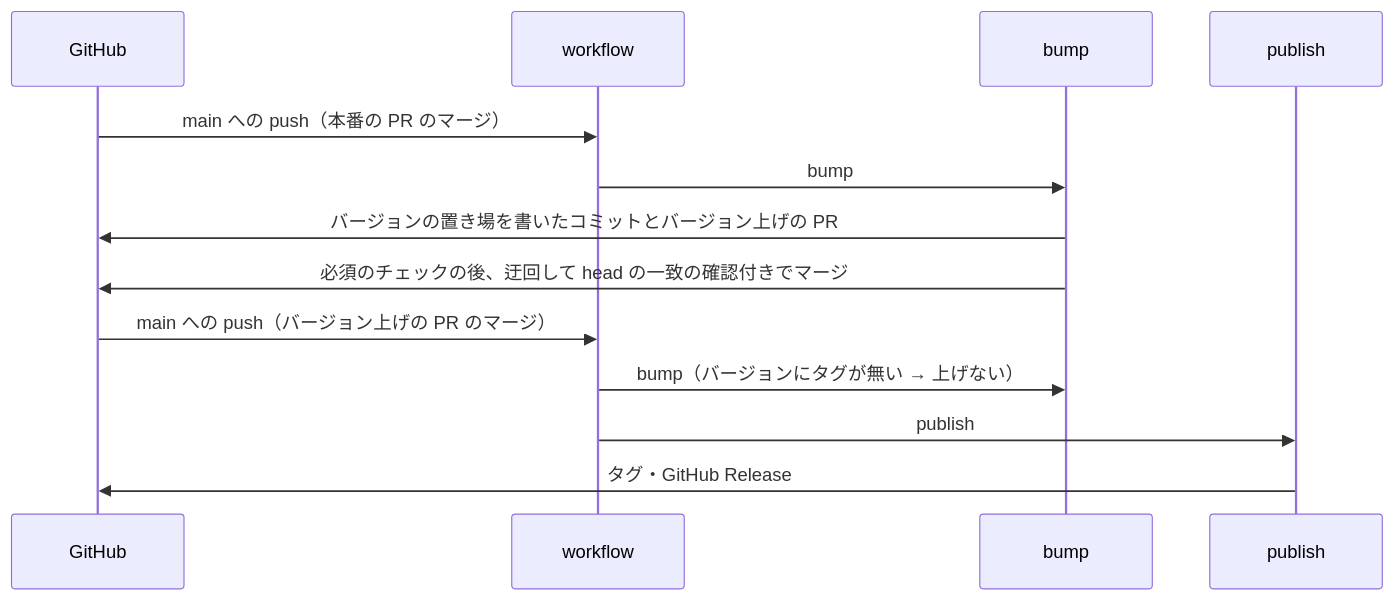
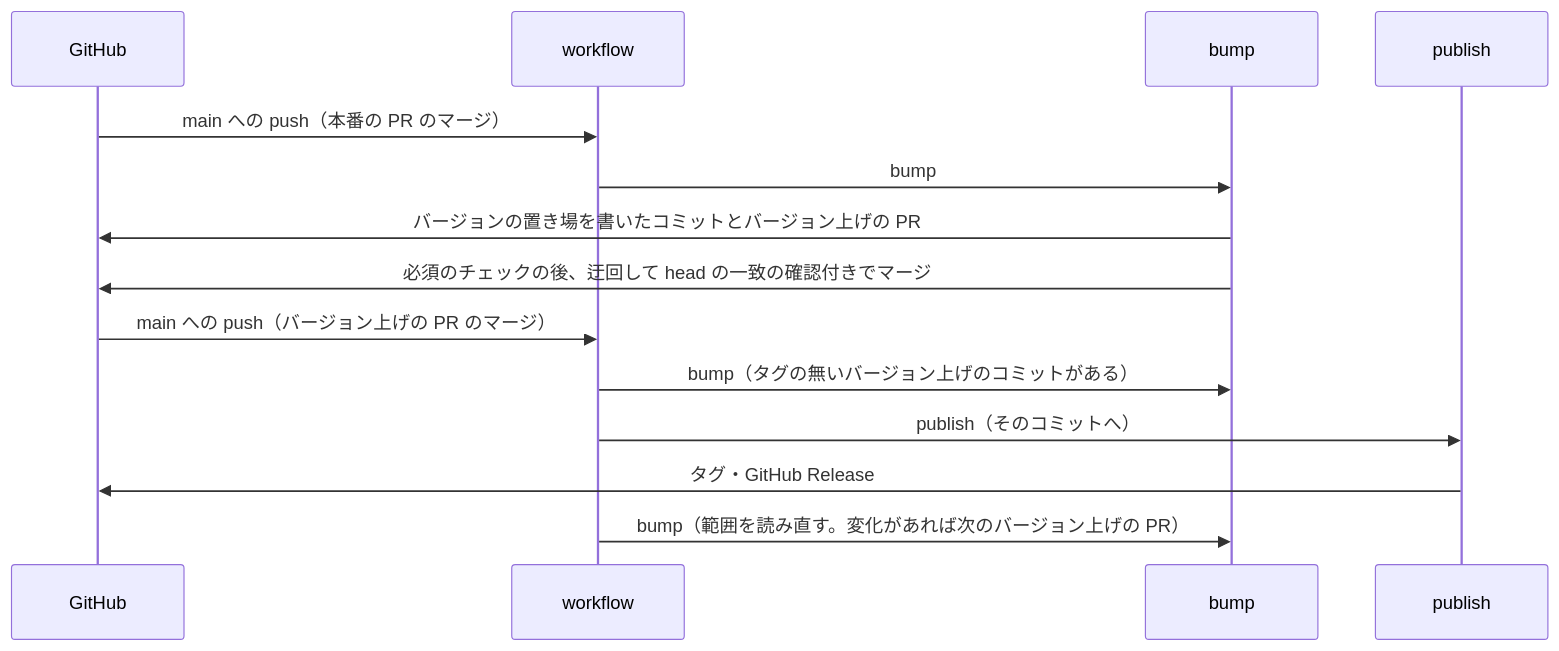
Before and after one commit to devbasex/ai-plugins: the third of 4 diagrams in issues/issue-3572-design.md, drawn with Mermaid. The commit also changed other lines of this file and 1 other file, not shown here.

````diff
--- a/issues/issue-3572-design.md
+++ b/issues/issue-3572-design.md
@@ -360,15 +379,16 @@
 ```mermaid
 sequenceDiagram
     participant H as GitHub
     participant W as workflow
     participant B as bump
     participant T as publish
     H->>W: main への push（本番の PR のマージ）
     W->>B: bump
     B->>H: バージョンの置き場を書いたコミットとバージョン上げの PR
     B->>H: 必須のチェックの後、迂回して head の一致の確認付きでマージ
     H->>W: main への push（バージョン上げの PR のマージ）
-    W->>B: bump（バージョンにタグが無い → 上げない）
-    W->>T: publish
+    W->>B: bump（タグの無いバージョン上げのコミットがある）
+    W->>T: publish（そのコミットへ）
     T->>H: タグ・GitHub Release
+    W->>B: bump（範囲を読み直す。変化があれば次のバージョン上げの PR）
 ```
````
